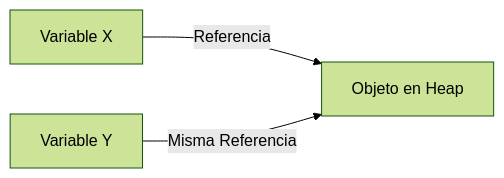
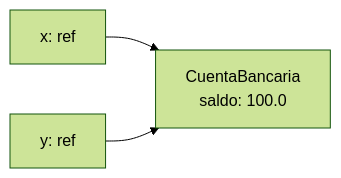
The second of 2 diagrams in public/documents/semester-1/3/1333.md (djaimej/computer-science-template), drawn with Mermaid (forest theme) before and after one commit. The commit also changed other lines of this file and 3 other files, not shown here.

````diff
--- a/public/documents/semester-1/3/1333.md
+++ b/public/documents/semester-1/3/1333.md
@@ -38,5 +49,5 @@
 ```mermaid
 flowchart LR
-  X["Variable X"] -- Referencia --> OH["Objeto en Heap"]
-  Y["Variable Y"] -- Misma Referencia --> OH
+  X["x: ref"] --> O["CuentaBancaria<br/>saldo: 100.0"]
+  Y["y: ref"] --> O
 ```
````
